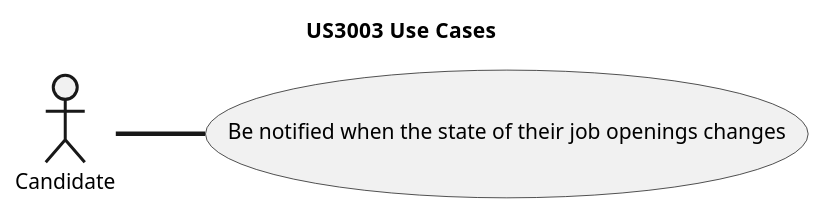
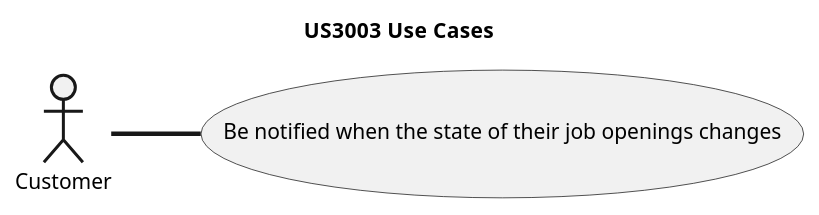
The diagram in docs/sprintC/3003/puml/3003-UCD.puml (marcoferreira37/Lapr4), drawn with PlantUML before and after one commit. The commit also changed 2 other files, not shown here.

```diff
--- a/docs/sprintC/3003/puml/3003-UCD.puml
+++ b/docs/sprintC/3003/puml/3003-UCD.puml
@@ -1,21 +1,21 @@
 @startuml
 
 left to right direction
 title US3003  Use Cases
 skinparam titleBorderRoundCorner 20
 skinparam titleBorderThickness 2
 skinparam arrowThickness 3
 
 '**********Manager Use cases*************
-:Candidate: as ADM
+:Customer: as ADM
 
 
 Usecase MU02 as "Be notified when the state of their job openings changes"
 
 
 
 
 ADM -d- MU02
 
 
 @enduml
```
